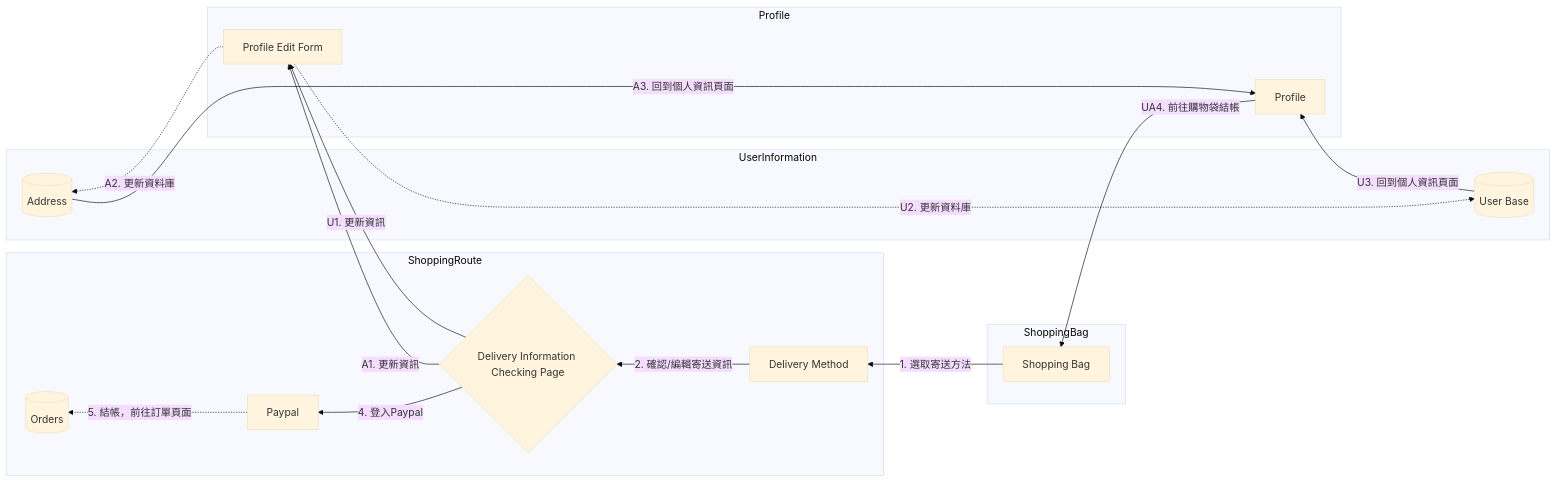
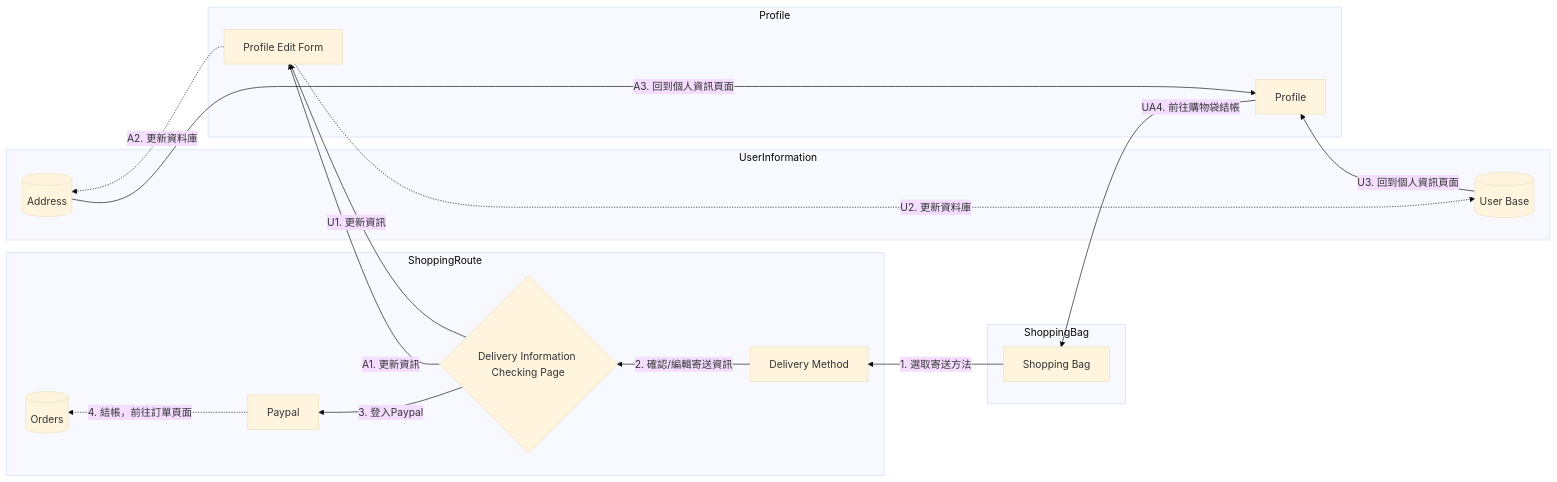
Before and after one commit to stevetsaoch/Ecommerce: the fifth of 5 diagrams in README.md, drawn with Mermaid (base theme).

````diff
--- a/README.md
+++ b/README.md
@@ -173,28 +173,28 @@
 ```mermaid
     flowchart RL
     subgraph UserInformation
         UB[(User Base)]
         Ad[(Address)]
     end
     subgraph ShoppingBag
         B[Shopping Bag]
     end
     subgraph Profile
         PF[Profile]
         PFE[Profile Edit Form]
     end
     subgraph ShoppingRoute
         B --"1. 選取寄送方法"--> D[Delivery Method]
         D --"2. 確認/編輯寄送資訊"--> C{Delivery Information Checking Page}
         C --"U1. 更新資訊"--> PFE
         C --"A1. 更新資訊"--> PFE
-        C --"4. 登入Paypal"--> P[Paypal]
-        P -."5. 結帳，前往訂單頁面".-> O[(Orders)]
+        C --"3. 登入Paypal"--> P[Paypal]
+        P -."4. 結帳，前往訂單頁面".-> O[(Orders)]
     end
         PFE -."U2. 更新資料庫".-> UB
         PFE -."A2. 更新資料庫".-> Ad
         UB --"U3. 回到個人資訊頁面"--> PF 
         Ad --"A3. 回到個人資訊頁面"--> PF
         PF --"UA4. 前往購物袋結帳"--> B
     
 ```
````
